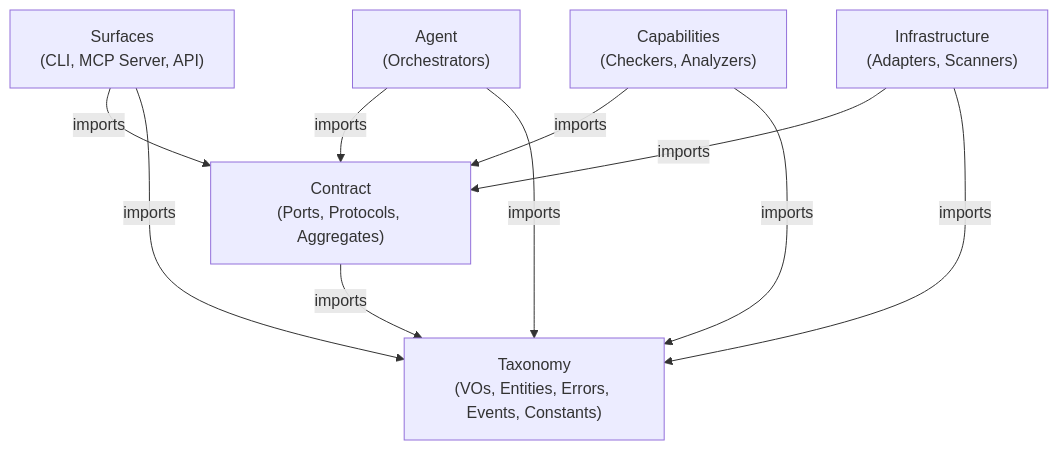
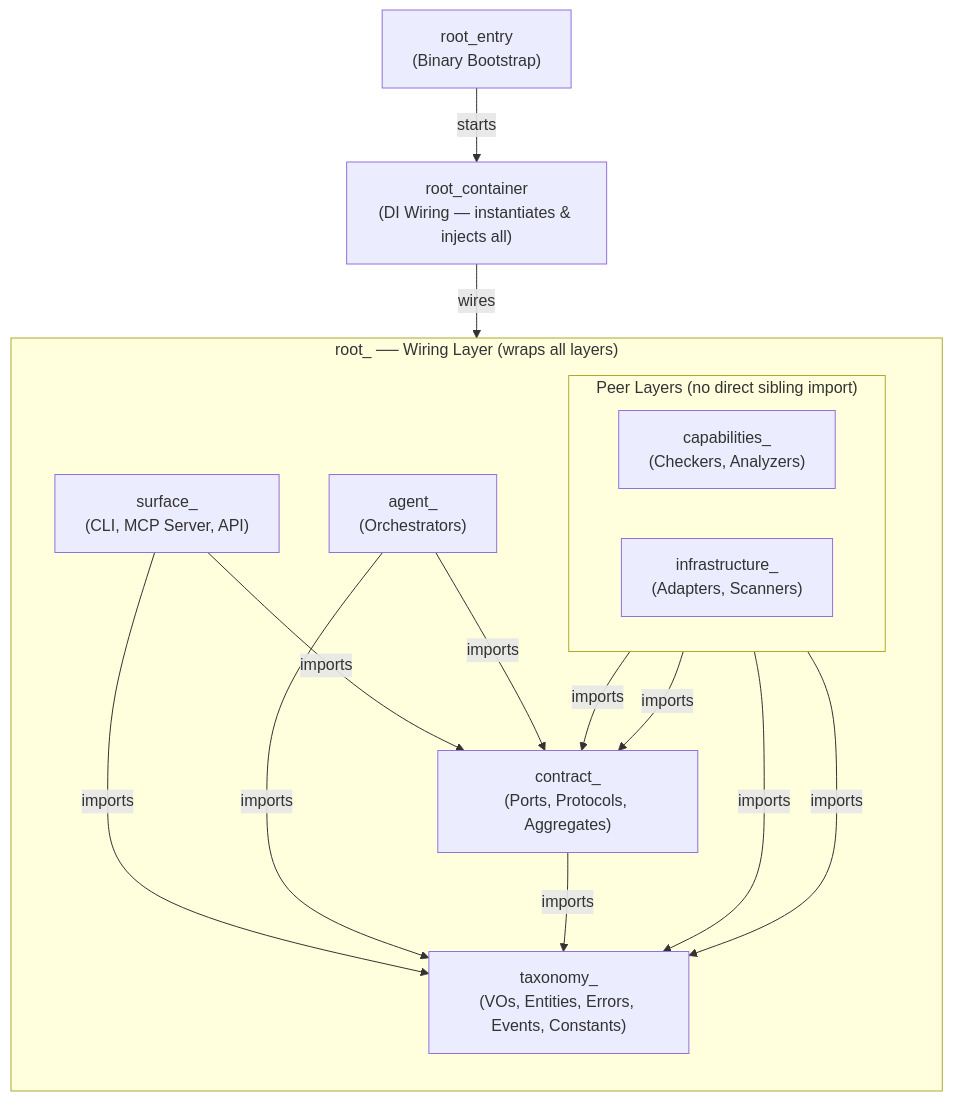
Before and after one commit to rakaarwaky/lint-arwaky: the diagram in ARCHITECTURE.md, drawn with Mermaid. The commit also changed other lines of this file and 4 other files, not shown here.

````diff
--- a/ARCHITECTURE.md
+++ b/ARCHITECTURE.md
@@ -55,20 +55,35 @@
 ```mermaid
 %%{init: {'theme': 'default'}}%%
 graph TD
-    S["Surfaces<br/>(CLI, MCP Server, API)"]
-    A["Agent<br/>(Orchestrators)"]
-    C["Capabilities<br/>(Checkers, Analyzers)"]
-    I["Infrastructure<br/>(Adapters, Scanners)"]
-    CT["Contract<br/>(Ports, Protocols, Aggregates)"]
-    T["Taxonomy<br/>(VOs, Entities, Errors, Events, Constants)"]
+    subgraph ROOT["root_  ── Wiring Layer (wraps all layers)"]
+        direction TB
 
-    S -->|"imports"| CT
-    S -->|"imports"| T
-    A -->|"imports"| CT
-    A -->|"imports"| T
-    C -->|"imports"| CT
-    C -->|"imports"| T
-    I -->|"imports"| CT
-    I -->|"imports"| T
-    CT -->|"imports"| T
+        S["surface_<br/>(CLI, MCP Server, API)"]
+        A["agent_<br/>(Orchestrators)"]
+
+        subgraph PEER["Peer Layers (no direct sibling import)"]
+            direction LR
+            C["capabilities_<br/>(Checkers, Analyzers)"]
+            I["infrastructure_<br/>(Adapters, Scanners)"]
+        end
+
+        CT["contract_<br/>(Ports, Protocols, Aggregates)"]
+        T["taxonomy_<br/>(VOs, Entities, Errors, Events, Constants)"]
+
+        S -->|"imports"| CT
+        S -->|"imports"| T
+        A -->|"imports"| CT
+        A -->|"imports"| T
+        C -->|"imports"| CT
+        C -->|"imports"| T
+        I -->|"imports"| CT
+        I -->|"imports"| T
+        CT -->|"imports"| T
+    end
+
+    ROOT_CONT["root_container<br/>(DI Wiring — instantiates & injects all)"]
+    ROOT_ENTRY["root_entry<br/>(Binary Bootstrap)"]
+
+    ROOT_CONT -->|"wires"| ROOT
+    ROOT_ENTRY -->|"starts"| ROOT_CONT
 ```
````
